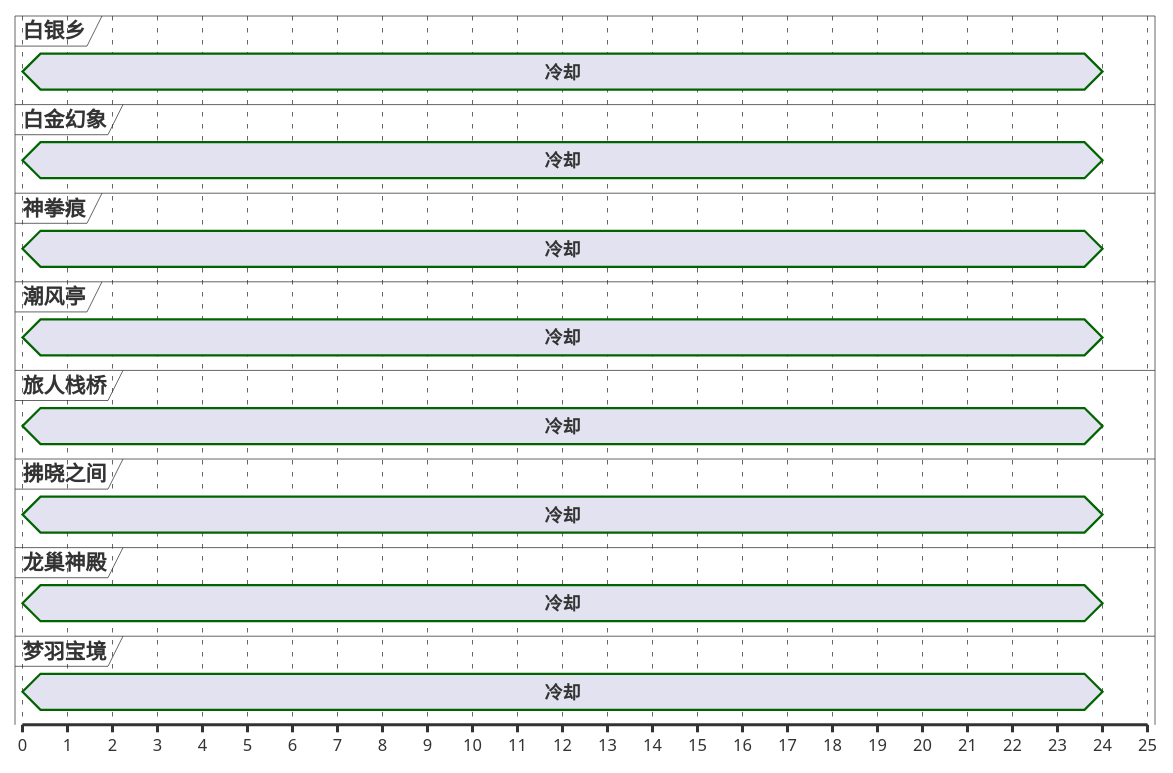
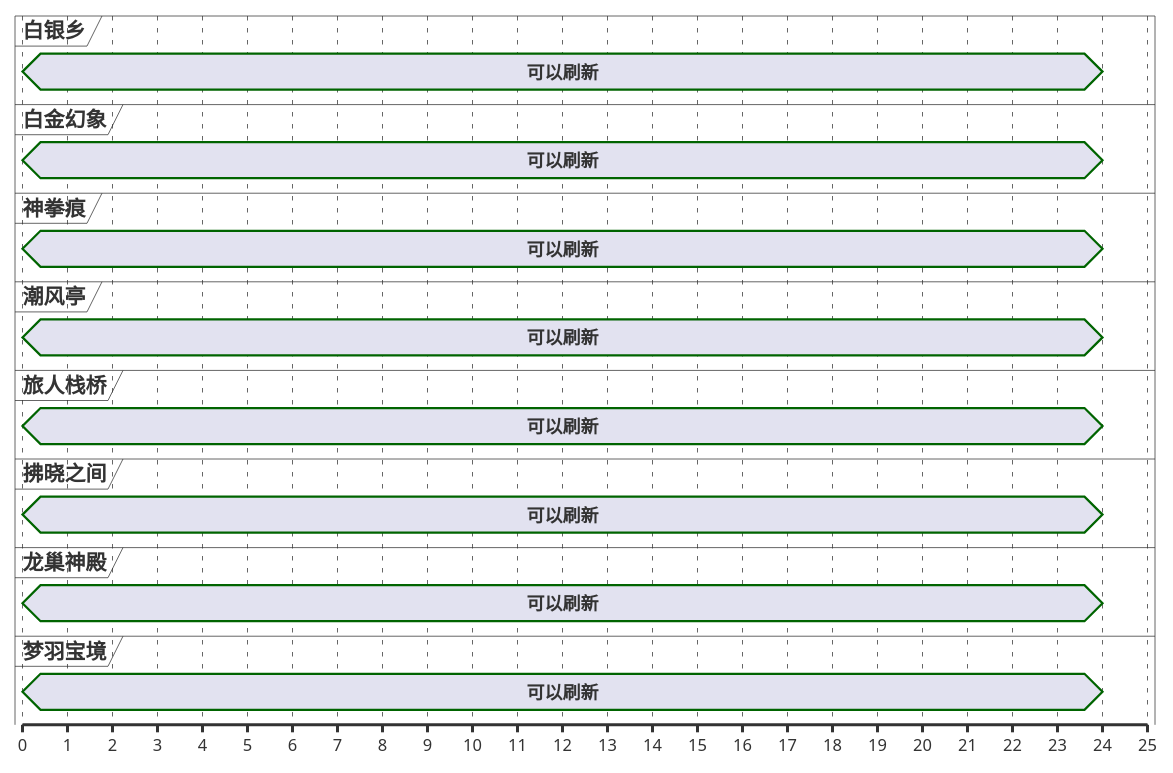
One commit to Eroleice/doc-pi changed the second of 13 diagrams in ffxiv/hunt/2.0/Laideronnette.md. Above: the diagram before and after it, drawn with PlantUML. The commit also changed other lines of this file and 38 other files, not shown here.

````diff
--- a/ffxiv/hunt/2.0/Laideronnette.md
+++ b/ffxiv/hunt/2.0/Laideronnette.md
@@ -83,47 +90,55 @@
 ```plantuml
 @startuml
 scale 1 as 30 pixels
 
 concise 白银乡
 concise 白金幻象
 concise 神拳痕
 concise 潮风亭
 concise 旅人栈桥
 concise 拂晓之间
 concise 龙巢神殿
 concise 梦羽宝境
 
-@龙巢神殿
-0 is 冷却
+@旅人栈桥
+0 is 可以刷新
+0 is 强制刷新
 24 is {hidden}
 
 @白金幻象
-0 is 冷却
+0 is 可以刷新
+0 is 强制刷新
+24 is {hidden}
+
+@梦羽宝境
+0 is 可以刷新
+0 is 强制刷新
+24 is {hidden}
+
+@白银乡
+0 is 可以刷新
+0 is 强制刷新
+24 is {hidden}
+
+@神拳痕
+0 is 可以刷新
+0 is 强制刷新
+24 is {hidden}
+
+@潮风亭
+0 is 可以刷新
+0 is 强制刷新
 24 is {hidden}
 
 @拂晓之间
-0 is 冷却
+0 is 可以刷新
+0 is 强制刷新
 24 is {hidden}
 
-@神拳痕
-0 is 冷却
-24 is {hidden}
-
-@旅人栈桥
-0 is 冷却
-24 is {hidden}
-
-@白银乡
-0 is 冷却
-24 is {hidden}
-
-@潮风亭
-0 is 冷却
-24 is {hidden}
-
-@梦羽宝境
-0 is 冷却
+@龙巢神殿
+0 is 可以刷新
+0 is 强制刷新
 24 is {hidden}
 
 @enduml
 ```
````
